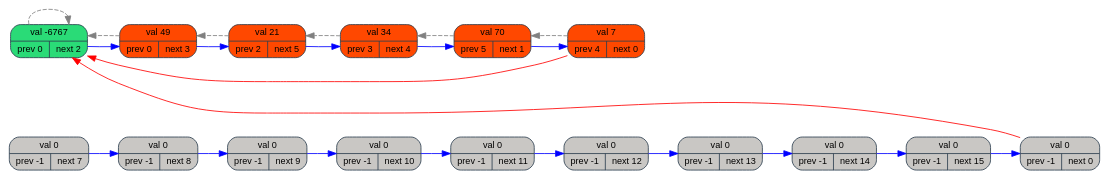
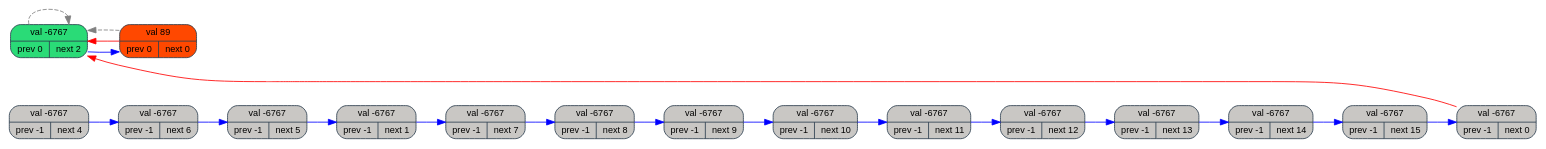
One commit to fcubsovv/c-course changed the diagram in linked_list/graph.dot. Above: the diagram before and after it, drawn with Graphviz. The commit also changed 17 other files, not shown here.

```diff
--- a/linked_list/graph.dot
+++ b/linked_list/graph.dot
@@ -1,42 +1,38 @@
 digraph RoundedSplitGraph {
 rankdir=LR; 
 node [shape=Mrecord, style=filled, fillcolor="#f9f9f9", color="#2c3e50", fontname="Arial", fontsize=11];
 Node0 [label=" val -6767  | { prev 0 | next 2 }" fillcolor="#2adb77"]; 
-Node1 [label=" val 7  | { prev 4 | next 0 }" fillcolor="#ff4800"]; 
-Node2 [label=" val 49  | { prev 0 | next 3 }" fillcolor="#ff4800"]; 
-Node3 [label=" val 21  | { prev 2 | next 5 }" fillcolor="#ff4800"]; 
-Node4 [label=" val 70  | { prev 5 | next 1 }" fillcolor="#ff4800"]; 
-Node5 [label=" val 34  | { prev 3 | next 4 }" fillcolor="#ff4800"]; 
-Node6 [label=" val 0  | { prev -1 | next 7 }" fillcolor="#c9c7c4"]; 
-Node7 [label=" val 0  | { prev -1 | next 8 }" fillcolor="#c9c7c4"]; 
-Node8 [label=" val 0  | { prev -1 | next 9 }" fillcolor="#c9c7c4"]; 
-Node9 [label=" val 0  | { prev -1 | next 10 }" fillcolor="#c9c7c4"]; 
-Node10 [label=" val 0  | { prev -1 | next 11 }" fillcolor="#c9c7c4"]; 
-Node11 [label=" val 0  | { prev -1 | next 12 }" fillcolor="#c9c7c4"]; 
-Node12 [label=" val 0  | { prev -1 | next 13 }" fillcolor="#c9c7c4"]; 
-Node13 [label=" val 0  | { prev -1 | next 14 }" fillcolor="#c9c7c4"]; 
-Node14 [label=" val 0  | { prev -1 | next 15 }" fillcolor="#c9c7c4"]; 
-Node15 [label=" val 0  | { prev -1 | next 0 }" fillcolor="#c9c7c4"]; 
+Node1 [label=" val -6767  | { prev -1 | next 7 }" fillcolor="#c9c7c4"]; 
+Node2 [label=" val 89  | { prev 0 | next 0 }" fillcolor="#ff4800"]; 
+Node3 [label=" val -6767  | { prev -1 | next 4 }" fillcolor="#c9c7c4"]; 
+Node4 [label=" val -6767  | { prev -1 | next 6 }" fillcolor="#c9c7c4"]; 
+Node5 [label=" val -6767  | { prev -1 | next 1 }" fillcolor="#c9c7c4"]; 
+Node6 [label=" val -6767  | { prev -1 | next 5 }" fillcolor="#c9c7c4"]; 
+Node7 [label=" val -6767  | { prev -1 | next 8 }" fillcolor="#c9c7c4"]; 
+Node8 [label=" val -6767  | { prev -1 | next 9 }" fillcolor="#c9c7c4"]; 
+Node9 [label=" val -6767  | { prev -1 | next 10 }" fillcolor="#c9c7c4"]; 
+Node10 [label=" val -6767  | { prev -1 | next 11 }" fillcolor="#c9c7c4"]; 
+Node11 [label=" val -6767  | { prev -1 | next 12 }" fillcolor="#c9c7c4"]; 
+Node12 [label=" val -6767  | { prev -1 | next 13 }" fillcolor="#c9c7c4"]; 
+Node13 [label=" val -6767  | { prev -1 | next 14 }" fillcolor="#c9c7c4"]; 
+Node14 [label=" val -6767  | { prev -1 | next 15 }" fillcolor="#c9c7c4"]; 
+Node15 [label=" val -6767  | { prev -1 | next 0 }" fillcolor="#c9c7c4"]; 
 Node0 -> Node2 [color=blue];
-Node1 -> Node0 [color=red, constraint=false];
-Node2 -> Node3 [color=blue];
-Node3 -> Node5 [color=blue];
-Node4 -> Node1 [color=blue];
-Node5 -> Node4 [color=blue];
-Node6 -> Node7 [color=blue];
+Node1 -> Node7 [color=blue];
+Node2 -> Node0 [color=red, constraint=false];
+Node3 -> Node4 [color=blue];
+Node4 -> Node6 [color=blue];
+Node5 -> Node1 [color=blue];
+Node6 -> Node5 [color=blue];
 Node7 -> Node8 [color=blue];
 Node8 -> Node9 [color=blue];
 Node9 -> Node10 [color=blue];
 Node10 -> Node11 [color=blue];
 Node11 -> Node12 [color=blue];
 Node12 -> Node13 [color=blue];
 Node13 -> Node14 [color=blue];
 Node14 -> Node15 [color=blue];
 Node15 -> Node0 [color=red, constraint=false];
 Node0 -> Node0 [color=gray, style=dashed];
-Node1 -> Node4 [color=gray, style=dashed];
 Node2 -> Node0 [color=gray, style=dashed];
-Node3 -> Node2 [color=gray, style=dashed];
-Node4 -> Node5 [color=gray, style=dashed];
-Node5 -> Node3 [color=gray, style=dashed];
 }
```
